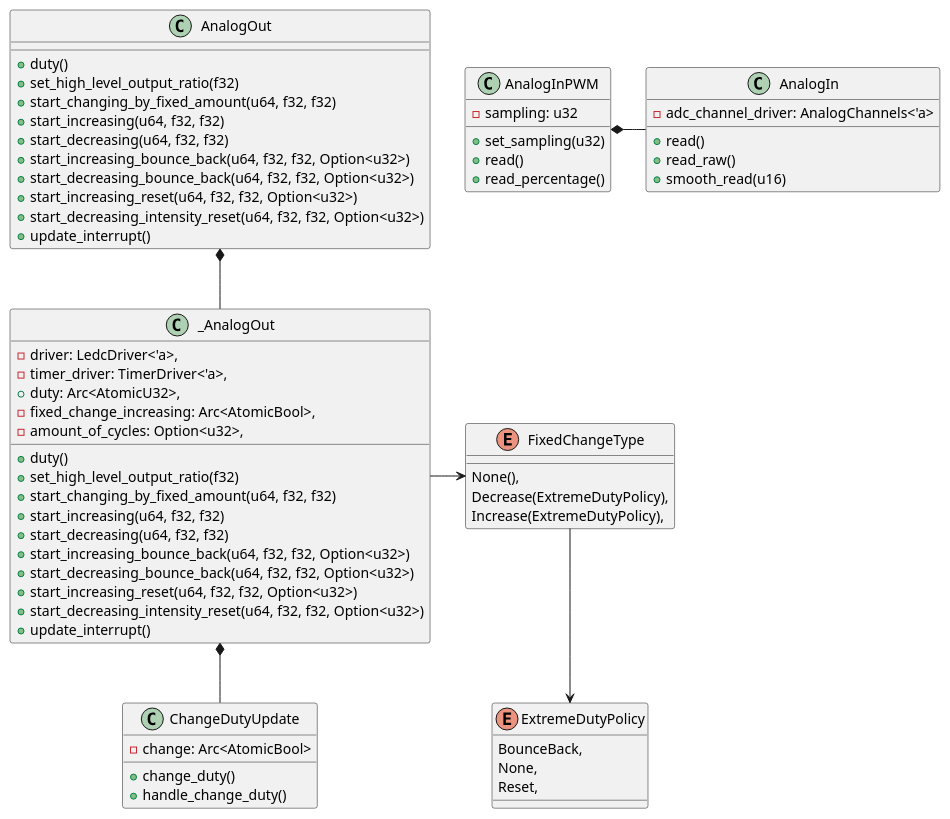
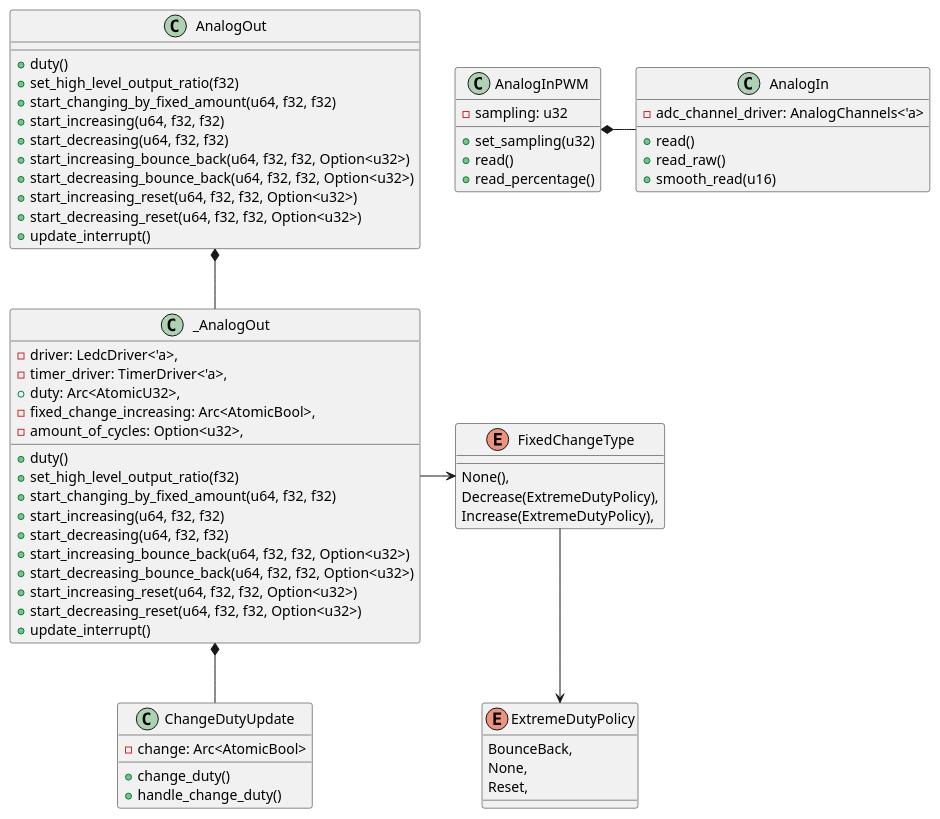
One commit to esp32framework/esp32framework changed the diagram in diagrams/analog.puml. Above: the diagram before and after it, drawn with PlantUML. The commit also changed 17 other files, not shown here.

```diff
--- a/diagrams/analog.puml
+++ b/diagrams/analog.puml
@@ -1,72 +1,72 @@
 @startuml analog
 class AnalogOut {
     + duty()
     + set_high_level_output_ratio(f32)
     + start_changing_by_fixed_amount(u64, f32, f32)
     + start_increasing(u64, f32, f32)
     + start_decreasing(u64, f32, f32)
     + start_increasing_bounce_back(u64, f32, f32, Option<u32>)
     + start_decreasing_bounce_back(u64, f32, f32, Option<u32>)
     + start_increasing_reset(u64, f32, f32, Option<u32>)
-    + start_decreasing_intensity_reset(u64, f32, f32, Option<u32>)
+    + start_decreasing_reset(u64, f32, f32, Option<u32>)
     + update_interrupt()
 }
 
 class _AnalogOut{
     -driver: LedcDriver<'a>,
     -timer_driver: TimerDriver<'a>,
     +duty: Arc<AtomicU32>,
     -fixed_change_increasing: Arc<AtomicBool>,
     -amount_of_cycles: Option<u32>,
     + duty()
     + set_high_level_output_ratio(f32)
     + start_changing_by_fixed_amount(u64, f32, f32)
     + start_increasing(u64, f32, f32)
     + start_decreasing(u64, f32, f32)
     + start_increasing_bounce_back(u64, f32, f32, Option<u32>)
     + start_decreasing_bounce_back(u64, f32, f32, Option<u32>)
     + start_increasing_reset(u64, f32, f32, Option<u32>)
-    + start_decreasing_intensity_reset(u64, f32, f32, Option<u32>)
+    + start_decreasing_reset(u64, f32, f32, Option<u32>)
     + update_interrupt()
 
 }
 
 class AnalogIn {
     -adc_channel_driver: AnalogChannels<'a>
     +read()
     +read_raw()
     +smooth_read(u16)
 }
 
 class AnalogInPWM{
     -sampling: u32
     +set_sampling(u32)
     +read()
     +read_percentage()
 }
 
 class ChangeDutyUpdate{
     -change: Arc<AtomicBool>
     +change_duty()
     +handle_change_duty()
 }
 
 enum FixedChangeType {
     None(),
     Decrease(ExtremeDutyPolicy),
     Increase(ExtremeDutyPolicy),
 }
 
 enum ExtremeDutyPolicy{
     BounceBack,
     None,
     Reset,
 }
 
 AnalogOut *-- _AnalogOut
 _AnalogOut *-- ChangeDutyUpdate
 _AnalogOut -> FixedChangeType
 AnalogInPWM *- AnalogIn
 FixedChangeType --> ExtremeDutyPolicy
 
 @enduml
```
